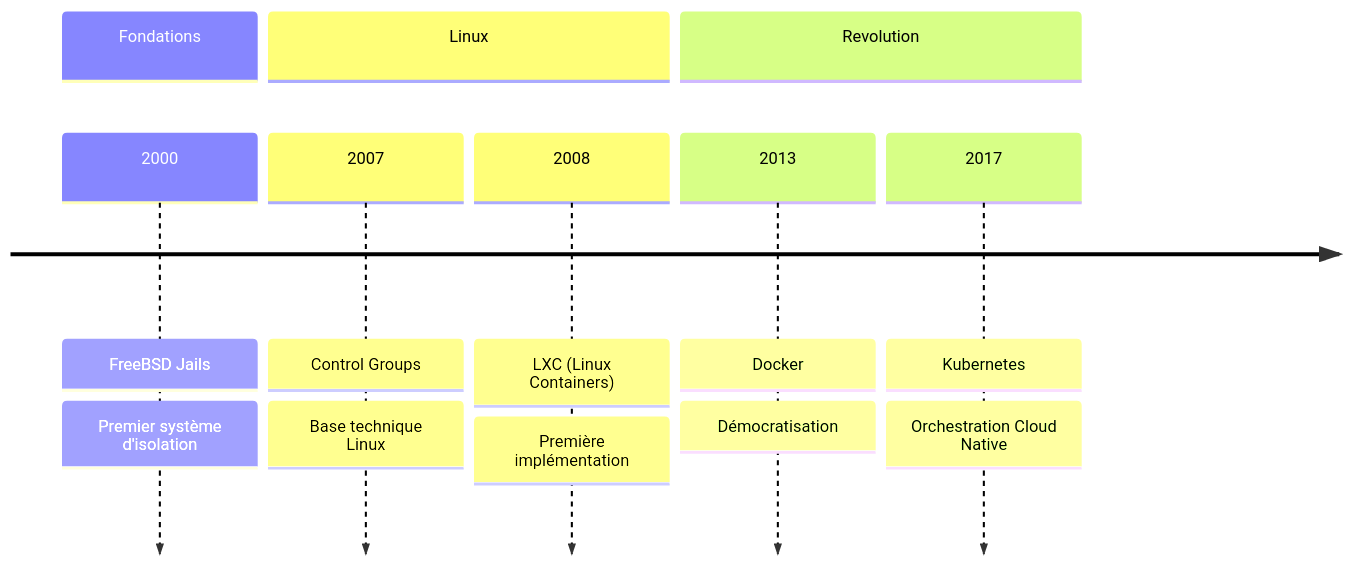
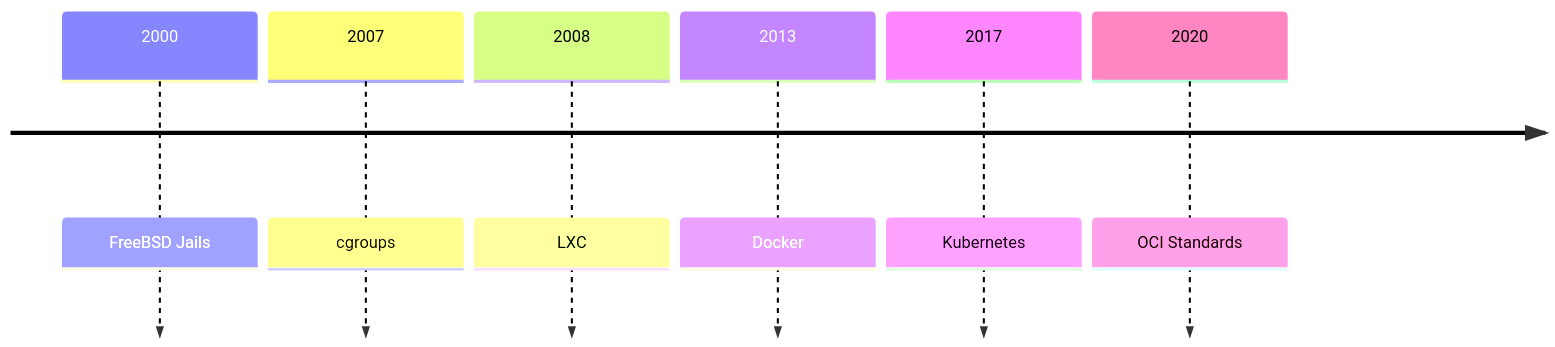
One commit to ebpro/notebook-containers-intro changed the third of 3 diagrams in 00_containers_L_introduction.qmd. Above: the diagram before and after it, drawn with Mermaid. The commit also changed other lines of this file and 17 other files, not shown here.

````diff
--- a/00_containers_L_introduction.qmd
+++ b/00_containers_L_introduction.qmd
@@ -193,16 +210,9 @@
 ```{mermaid}
 timeline
-    section Fondations
-        2000 : FreeBSD Jails
-             : Premier système d'isolation
-    section Linux
-        2007 : Control Groups 
-             : Base technique Linux
-        2008 : LXC (Linux Containers)
-             : Première implémentation
-    section Revolution
-        2013 : Docker
-             : Démocratisation
-        2017 : Kubernetes
-             : Orchestration Cloud Native
+  2000 : FreeBSD Jails
+  2007 : cgroups
+  2008 : LXC
+  2013 : Docker
+  2017 : Kubernetes
+  2020 : OCI Standards
 ```
````
